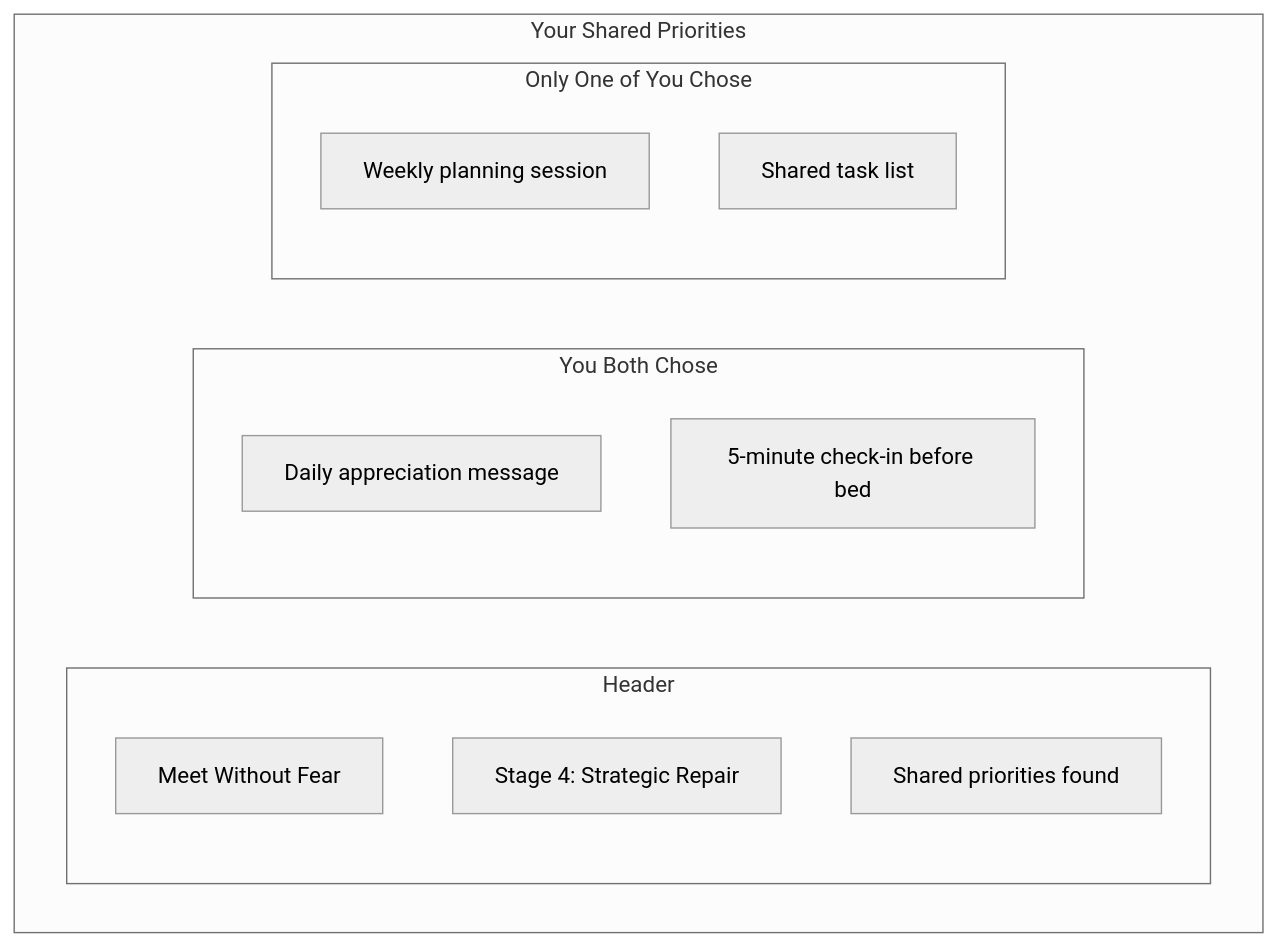
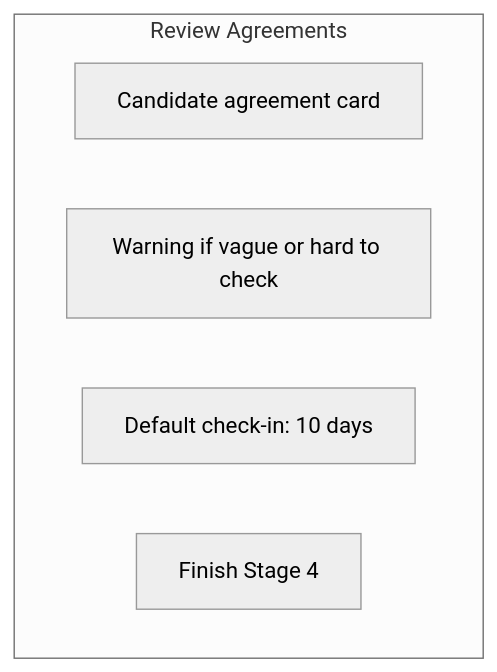
The fourth of 5 diagrams in docs/product/stages/stage-4-strategic-repair.md (shantamg/meet-without-fear), drawn with Mermaid (neutral theme) before and after one commit. The commit also changed other lines of this file and 139 other files, not shown here.

First line of the commit message:
Stage 3/4 rework and full Tending flow (#640)

````diff
--- a/docs/product/stages/stage-4-strategic-repair.md
+++ b/docs/product/stages/stage-4-strategic-repair.md
@@ -208,20 +135,9 @@
 ```mermaid
 flowchart TB
-    subgraph Screen[Your Shared Priorities]
-        subgraph Header[Header]
-            Logo[Meet Without Fear]
-            Stage[Stage 4: Strategic Repair]
-            Status[Shared priorities found]
-        end
-
-        subgraph Overlap[You Both Chose]
-            Match1[Daily appreciation message]
-            Match2[5-minute check-in before bed]
-        end
-
-        subgraph Unique[Only One of You Chose]
-            Diff1[Weekly planning session]
-            Diff2[Shared task list]
-        end
+    subgraph Screen[Review Agreements]
+        Agreement[Candidate agreement card]
+        Warning[Warning if vague or hard to check]
+        CheckIn[Default check-in: 10 days]
+        Finish[Finish Stage 4]
     end
 ```
````
